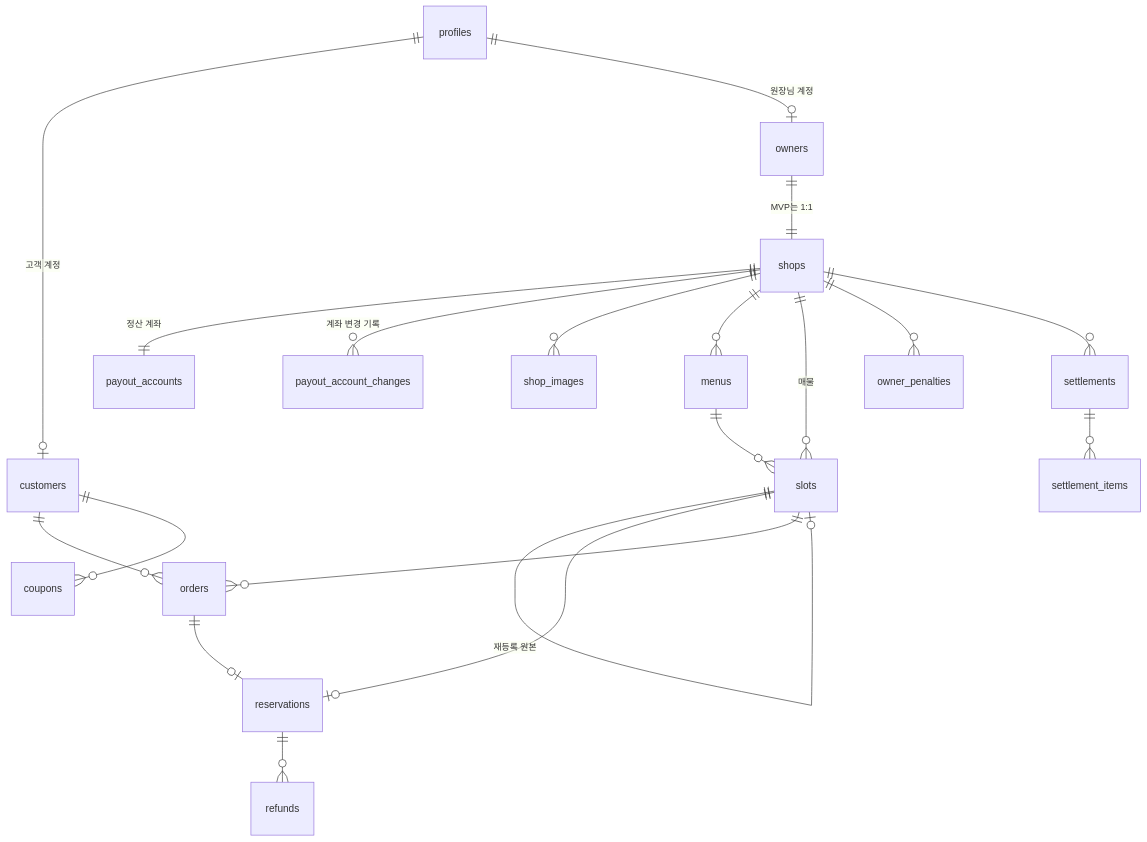
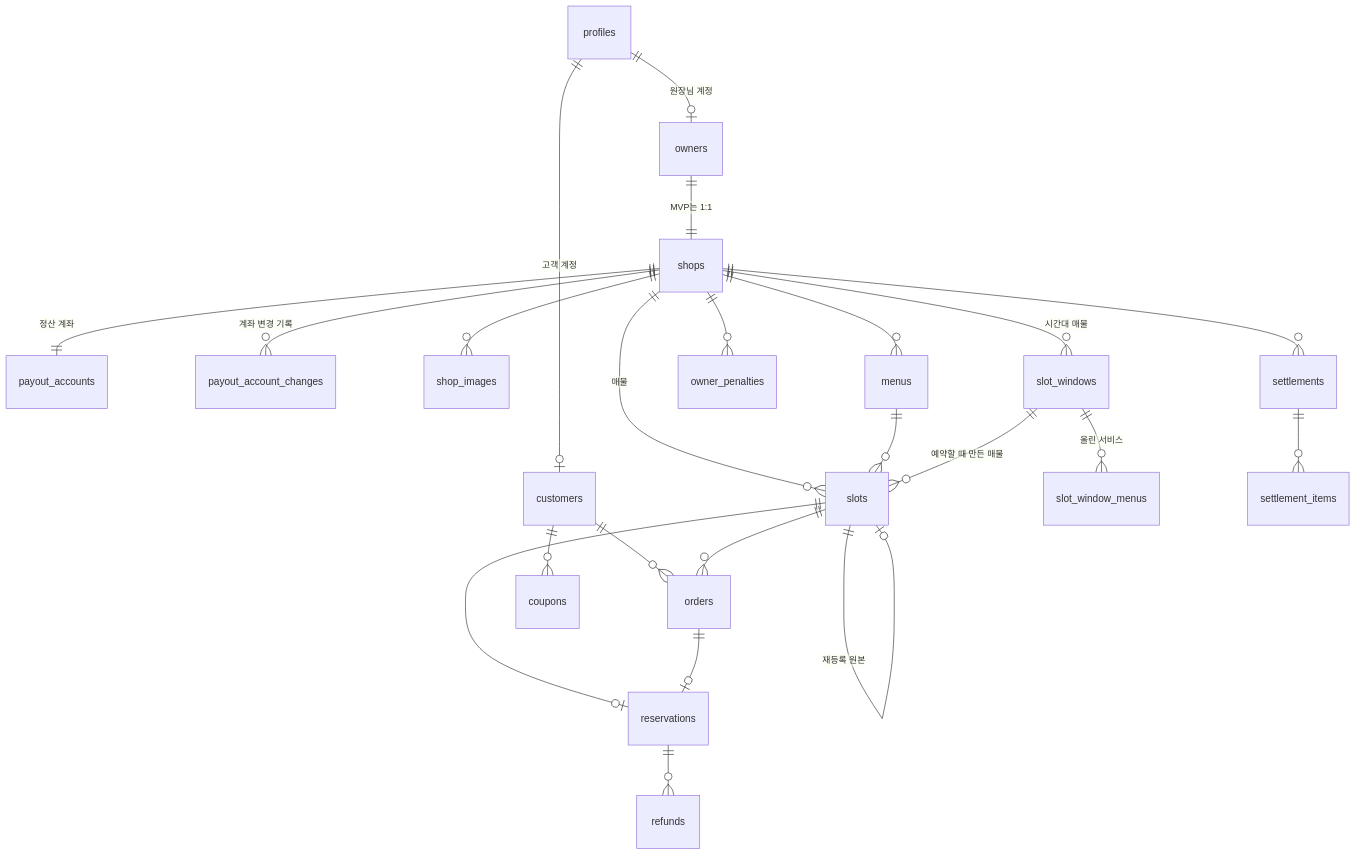
One commit to nnoinn/toori changed the diagram in docs/schema-v1.md. Above: the diagram before and after it, drawn with Mermaid. The commit also changed other lines of this file and 6 other files, not shown here.

````diff
--- a/docs/schema-v1.md
+++ b/docs/schema-v1.md
@@ -26,22 +26,25 @@
 ```mermaid
 erDiagram
   profiles ||--o| customers : "고객 계정"
   profiles ||--o| owners : "원장님 계정"
   owners ||--|| shops : "MVP는 1:1"
   shops ||--|| payout_accounts : "정산 계좌"
   shops ||--o{ payout_account_changes : "계좌 변경 기록"
   shops ||--o{ shop_images : ""
   shops ||--o{ menus : ""
   shops ||--o{ slots : "매물"
   menus ||--o{ slots : ""
   slots ||--o| slots : "재등록 원본"
+  shops ||--o{ slot_windows : "시간대 매물"
+  slot_windows ||--o{ slot_window_menus : "올린 서비스"
+  slot_windows ||--o{ slots : "예약할 때 만든 매물"
   slots ||--o| reservations : ""
   customers ||--o{ orders : ""
   slots ||--o{ orders : ""
   orders ||--o| reservations : ""
   reservations ||--o{ refunds : ""
   customers ||--o{ coupons : ""
   shops ||--o{ owner_penalties : ""
   shops ||--o{ settlements : ""
   settlements ||--o{ settlement_items : ""
 ```
````
